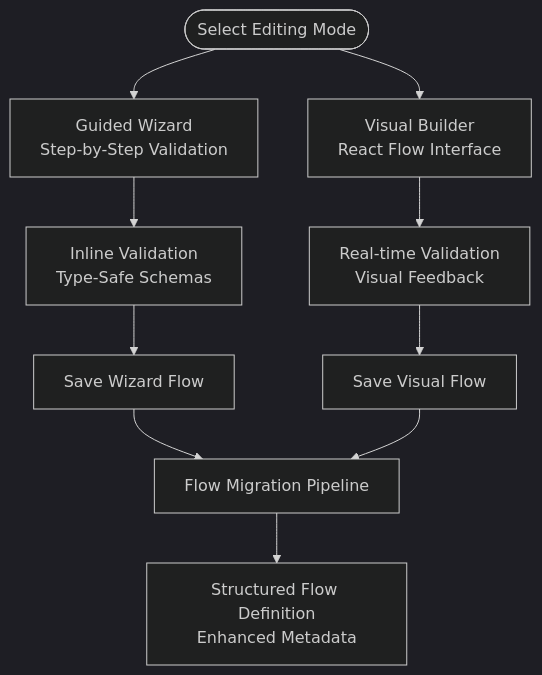
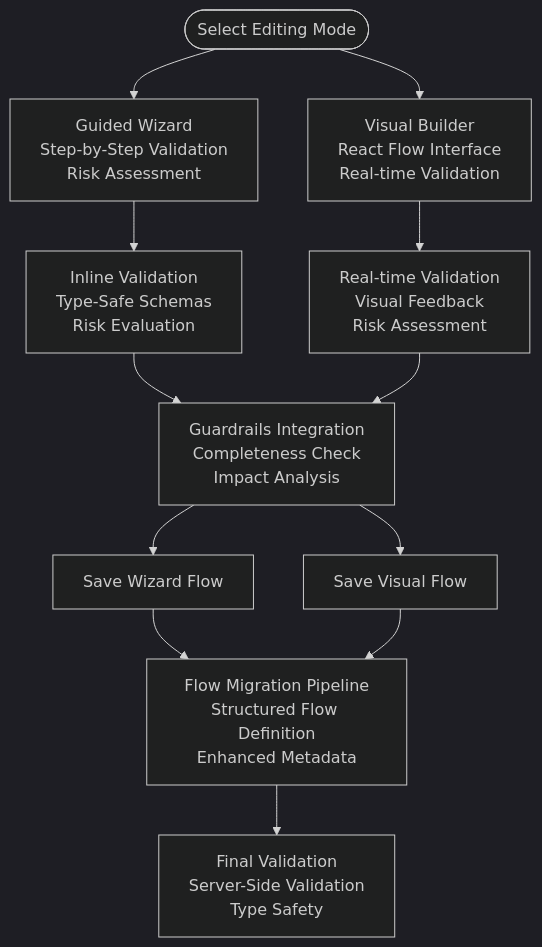
Before and after one commit to gastaldellomarco/pcReady: the third of 8 diagrams in .qoder/repowiki/en/content/Automation System/Automation System.md, drawn with Mermaid (dark theme). The commit also changed other lines of this file and 12 other files, not shown here.

````diff
--- a/.qoder/repowiki/en/content/Automation System/Automation System.md
+++ b/.qoder/repowiki/en/content/Automation System/Automation System.md
@@ -222,12 +251,14 @@
 ```mermaid
 flowchart TD
-Start(["Select Editing Mode"]) --> Wizard["Guided Wizard<br/>Step-by-Step Validation"]
-Start --> Builder["Visual Builder<br/>React Flow Interface"]
-Wizard --> ValidateWizard["Inline Validation<br/>Type-Safe Schemas"]
-Builder --> ValidateBuilder["Real-time Validation<br/>Visual Feedback"]
-ValidateWizard --> SaveWizard["Save Wizard Flow"]
-ValidateBuilder --> SaveBuilder["Save Visual Flow"]
-SaveWizard --> Migrate["Flow Migration Pipeline"]
+Start(["Select Editing Mode"]) --> Wizard["Guided Wizard<br/>Step-by-Step Validation<br/>Risk Assessment"]
+Start --> Builder["Visual Builder<br/>React Flow Interface<br/>Real-time Validation"]
+Wizard --> ValidateWizard["Inline Validation<br/>Type-Safe Schemas<br/>Risk Evaluation"]
+Builder --> ValidateBuilder["Real-time Validation<br/>Visual Feedback<br/>Risk Assessment"]
+ValidateWizard --> Guardrails["Guardrails Integration<br/>Completeness Check<br/>Impact Analysis"]
+ValidateBuilder --> Guardrails
+Guardrails --> SaveWizard["Save Wizard Flow"]
+Guardrails --> SaveBuilder["Save Visual Flow"]
+SaveWizard --> Migrate["Flow Migration Pipeline<br/>Structured Flow Definition<br/>Enhanced Metadata"]
 SaveBuilder --> Migrate
-Migrate --> Final["Structured Flow Definition<br/>Enhanced Metadata"]
+Migrate --> Final["Final Validation<br/>Server-Side Validation<br/>Type Safety"]
 ```
````
